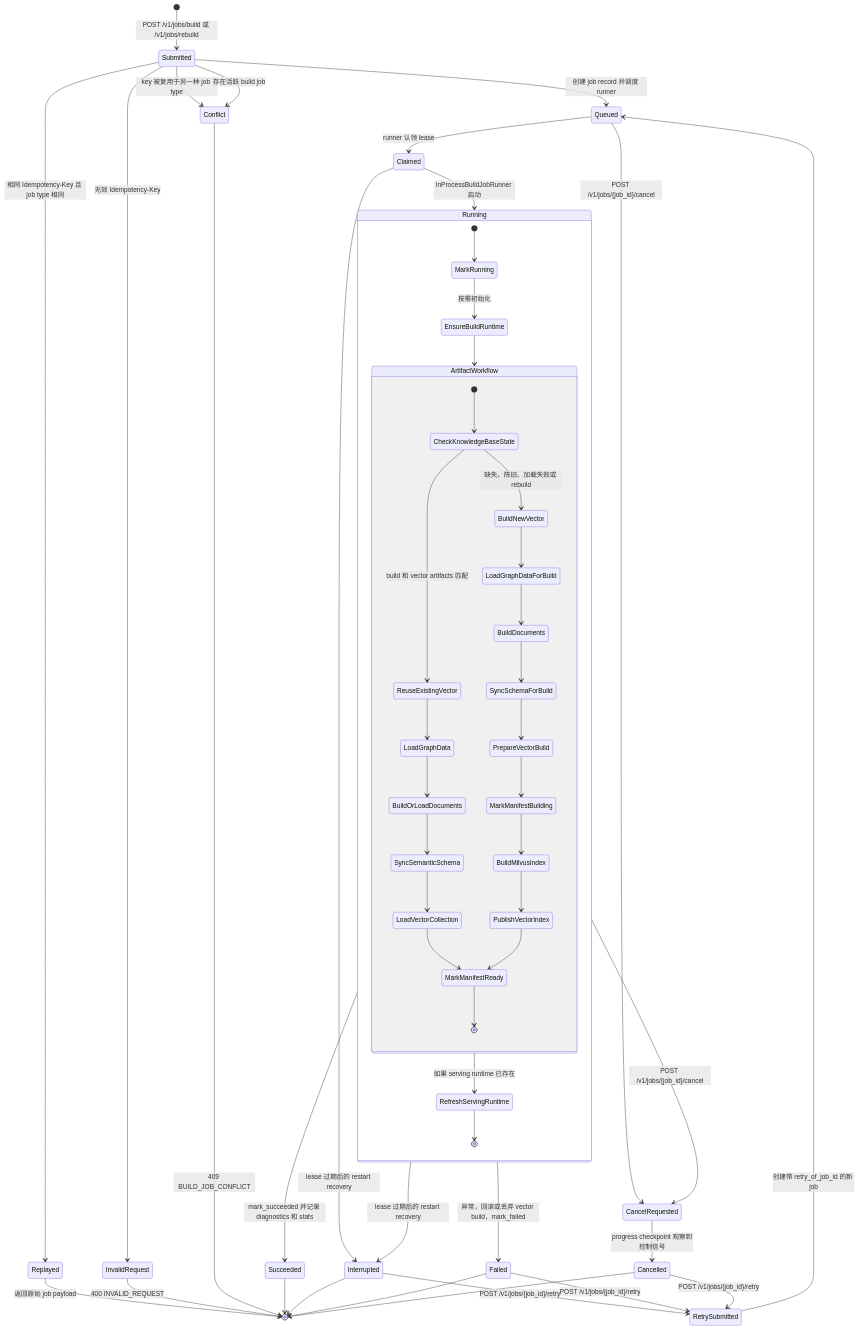
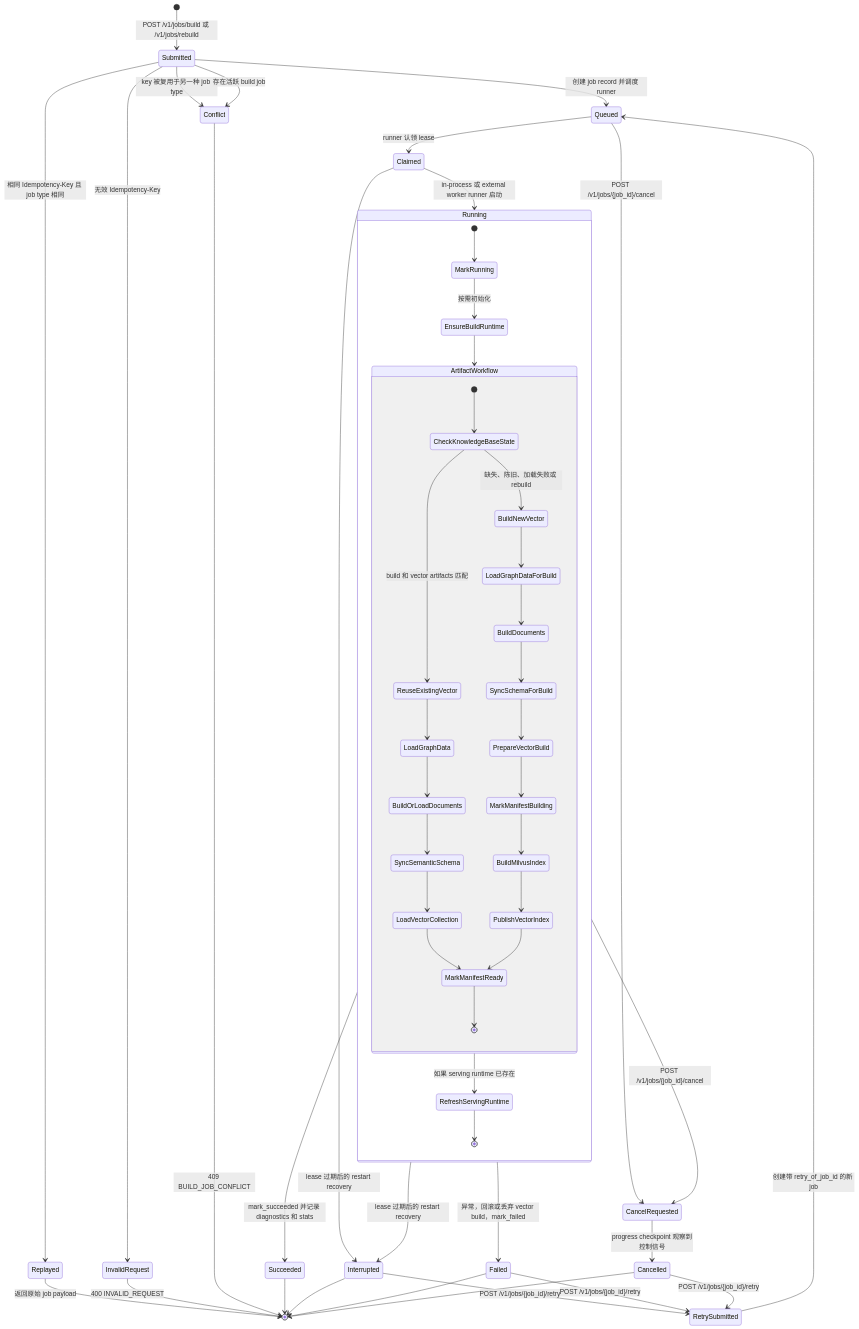
The third of 3 diagrams in docs/architecture.md (thiefsima-cpu/all-in-rag-intelligent-customer), drawn with Mermaid before and after one commit. The commit also changed other lines of this file and 276 other files, not shown here.

Commit message:
release: prepare GraphRAG C9 0.3.0rc1

````diff
--- a/docs/architecture.md
+++ b/docs/architecture.md
@@ -216,65 +255,65 @@
 ```mermaid
 stateDiagram-v2
   [*] --> Submitted: POST /v1/jobs/build 或 /v1/jobs/rebuild
 
   Submitted --> Replayed: 相同 Idempotency-Key 且 job type 相同
   Submitted --> InvalidRequest: 无效 Idempotency-Key
   Submitted --> Conflict: key 被复用于另一种 job type
   Submitted --> Conflict: 存在活跃 build job
   Submitted --> Queued: 创建 job record 并调度 runner
 
   Queued --> Claimed: runner 认领 lease
   Queued --> CancelRequested: POST /v1/jobs/{job_id}/cancel
-  Claimed --> Running: InProcessBuildJobRunner 启动
+  Claimed --> Running: in-process 或 external worker runner 启动
   Claimed --> Interrupted: lease 过期后的 restart recovery
   Running --> Interrupted: lease 过期后的 restart recovery
   Running --> CancelRequested: POST /v1/jobs/{job_id}/cancel
   CancelRequested --> Cancelled: progress checkpoint 观察到控制信号
 
   state Running {
     [*] --> MarkRunning
     MarkRunning --> EnsureBuildRuntime: 按需初始化
     EnsureBuildRuntime --> ArtifactWorkflow
 
     state ArtifactWorkflow {
       [*] --> CheckKnowledgeBaseState
       CheckKnowledgeBaseState --> ReuseExistingVector: build 和 vector artifacts 匹配
       CheckKnowledgeBaseState --> BuildNewVector: 缺失、陈旧、加载失败或 rebuild
 
       ReuseExistingVector --> LoadGraphData
       LoadGraphData --> BuildOrLoadDocuments
       BuildOrLoadDocuments --> SyncSemanticSchema
       SyncSemanticSchema --> LoadVectorCollection
       LoadVectorCollection --> MarkManifestReady
 
       BuildNewVector --> LoadGraphDataForBuild
       LoadGraphDataForBuild --> BuildDocuments
       BuildDocuments --> SyncSchemaForBuild
       SyncSchemaForBuild --> PrepareVectorBuild
       PrepareVectorBuild --> MarkManifestBuilding
       MarkManifestBuilding --> BuildMilvusIndex
       BuildMilvusIndex --> PublishVectorIndex
       PublishVectorIndex --> MarkManifestReady
 
       MarkManifestReady --> [*]
     }
 
     ArtifactWorkflow --> RefreshServingRuntime: 如果 serving runtime 已存在
     RefreshServingRuntime --> [*]
   }
 
   Running --> Succeeded: mark_succeeded 并记录 diagnostics 和 stats
   Running --> Failed: 异常，回滚或丢弃 vector build，mark_failed
   Interrupted --> RetrySubmitted: POST /v1/jobs/{job_id}/retry
   Failed --> RetrySubmitted: POST /v1/jobs/{job_id}/retry
   Cancelled --> RetrySubmitted: POST /v1/jobs/{job_id}/retry
   RetrySubmitted --> Queued: 创建带 retry_of_job_id 的新 job
 
   Replayed --> [*]: 返回原始 job payload
   InvalidRequest --> [*]: 400 INVALID_REQUEST
   Conflict --> [*]: 409 BUILD_JOB_CONFLICT
   Succeeded --> [*]
   Interrupted --> [*]
   Failed --> [*]
   Cancelled --> [*]
 ```
````
